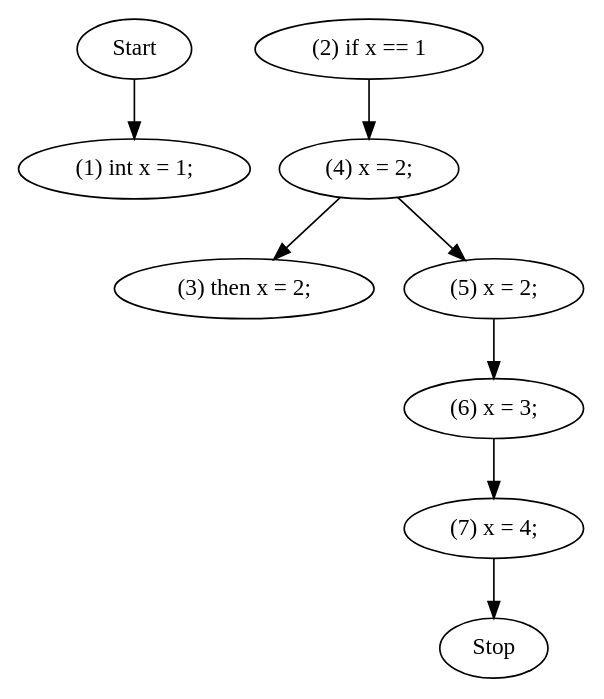
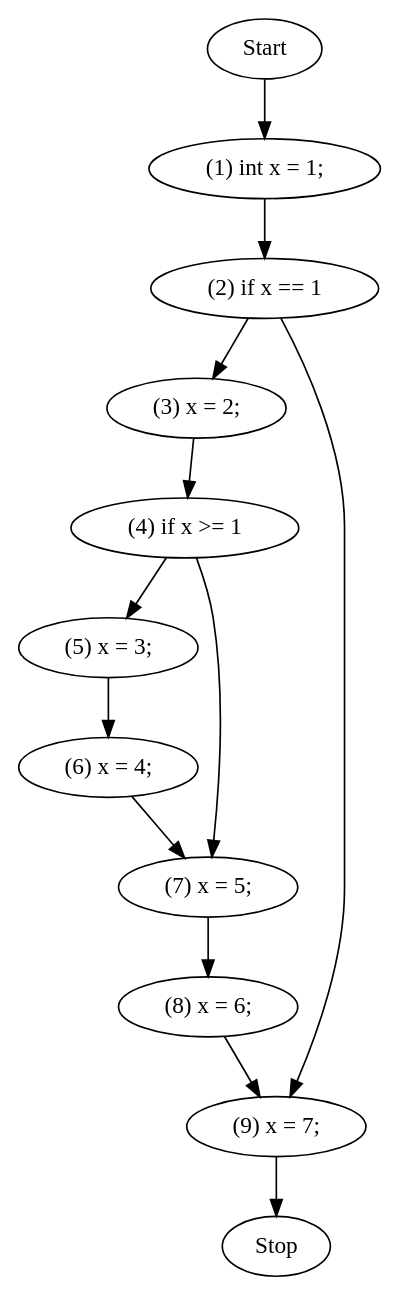
One commit to Juafeis/ProgramAnalysis changed the diagram in dotsource.dot. Above: the diagram before and after it, drawn with Graphviz. The commit also changed 10 other files, not shown here.

```diff
--- a/dotsource.dot
+++ b/dotsource.dot
@@ -1,2 +1,2 @@
 digraph G {
-Start->"(1) int x = 1;";"(2) if x == 1"->"(4) x = 2;";"(4) x = 2;"->"(3) then x = 2;";"(4) x = 2;"->"(5) x = 2;";"(5) x = 2;"->"(6) x = 3;";"(6) x = 3;"->"(7) x = 4;";"(7) x = 4;"-> Stop;}
+Start->"(1) int x = 1;";"(1) int x = 1;"->"(2) if x == 1";"(2) if x == 1"->"(3) x = 2;";"(3) x = 2;"->"(4) if x >= 1";"(4) if x >= 1"->"(5) x = 3;";"(5) x = 3;"->"(6) x = 4;";"(6) x = 4;"->"(7) x = 5;";"(4) if x >= 1"->"(7) x = 5;";"(7) x = 5;"->"(8) x = 6;";"(8) x = 6;"->"(9) x = 7;";"(2) if x == 1"->"(9) x = 7;";"(9) x = 7;"-> Stop;}
```
